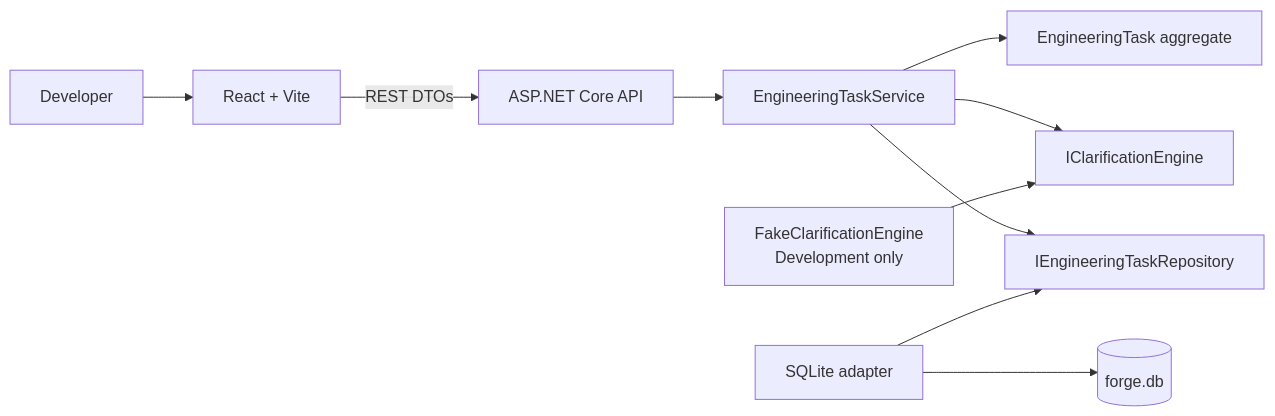
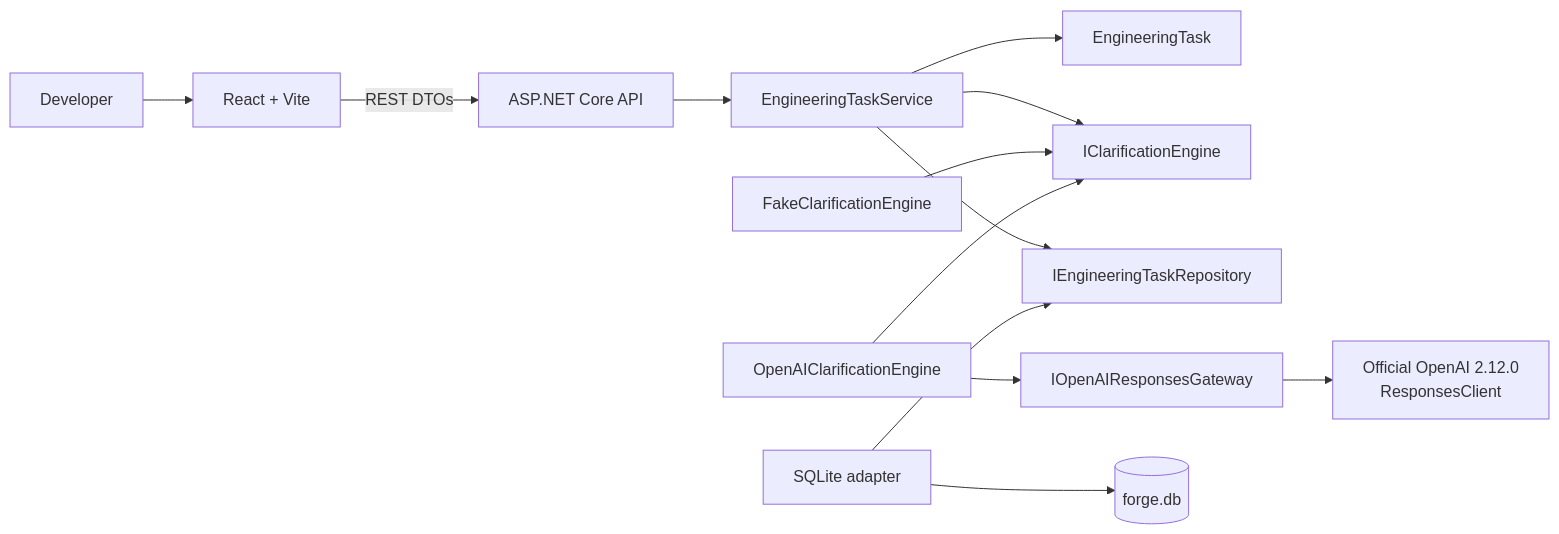
One commit to kamalpuvvada/forge-ai changed the first of 3 diagrams in docs/architecture.md. Above: the diagram before and after it, drawn with Mermaid. The commit also changed other lines of this file and 40 other files, not shown here.

````diff
--- a/docs/architecture.md
+++ b/docs/architecture.md
@@ -12,12 +10,15 @@
 ```mermaid
 flowchart LR
     User[Developer] --> Web[React + Vite]
     Web -->|REST DTOs| Api[ASP.NET Core API]
     Api --> Service[EngineeringTaskService]
-    Service --> Domain[EngineeringTask aggregate]
-    Service --> Engine[IClarificationEngine]
+    Service --> Domain[EngineeringTask]
+    Service --> Port[IClarificationEngine]
     Service --> Repo[IEngineeringTaskRepository]
-    Fake[FakeClarificationEngine\nDevelopment only] --> Engine
-    Sqlite[SQLite adapter] --> Repo
-    Sqlite --> Db[(forge.db)]
+    Fake[FakeClarificationEngine] --> Port
+    OpenAIEngine[OpenAIClarificationEngine] --> Port
+    OpenAIEngine --> Gateway[IOpenAIResponsesGateway]
+    Gateway --> SDK[Official OpenAI 2.12.0\nResponsesClient]
+    RepoAdapter[SQLite adapter] --> Repo
+    RepoAdapter --> DB[(forge.db)]
 ```
````
